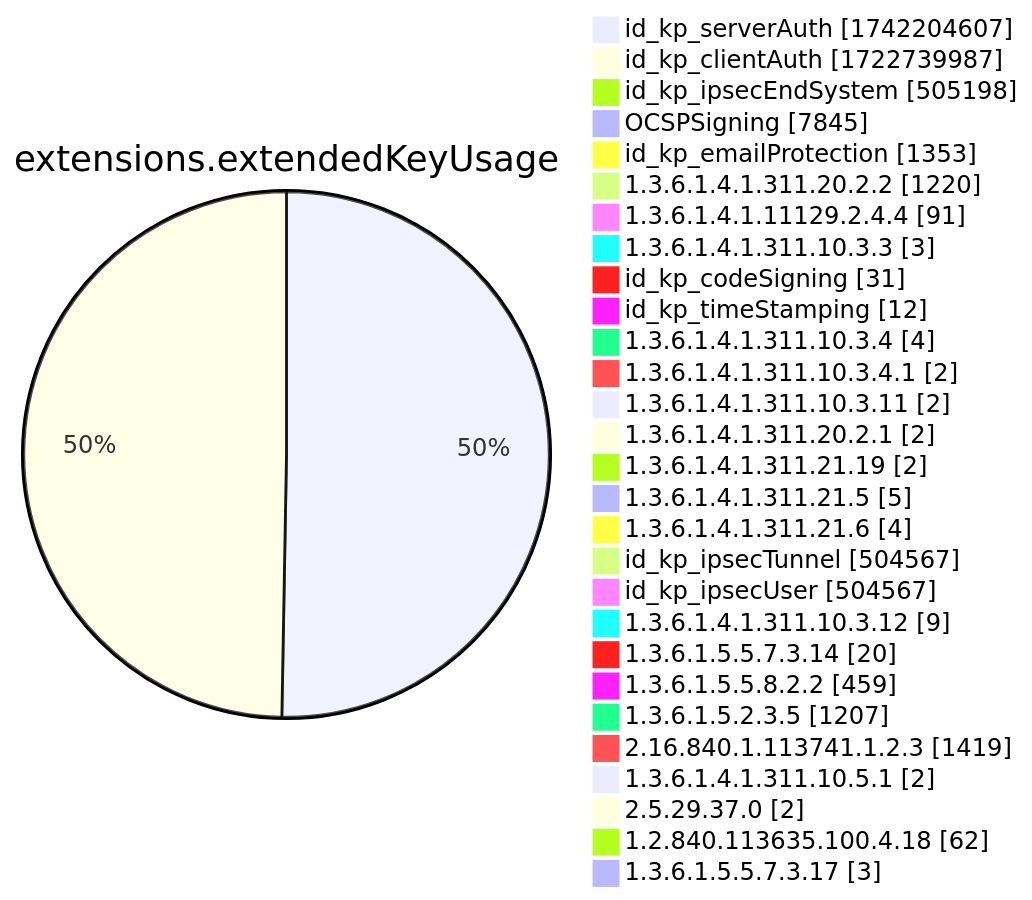
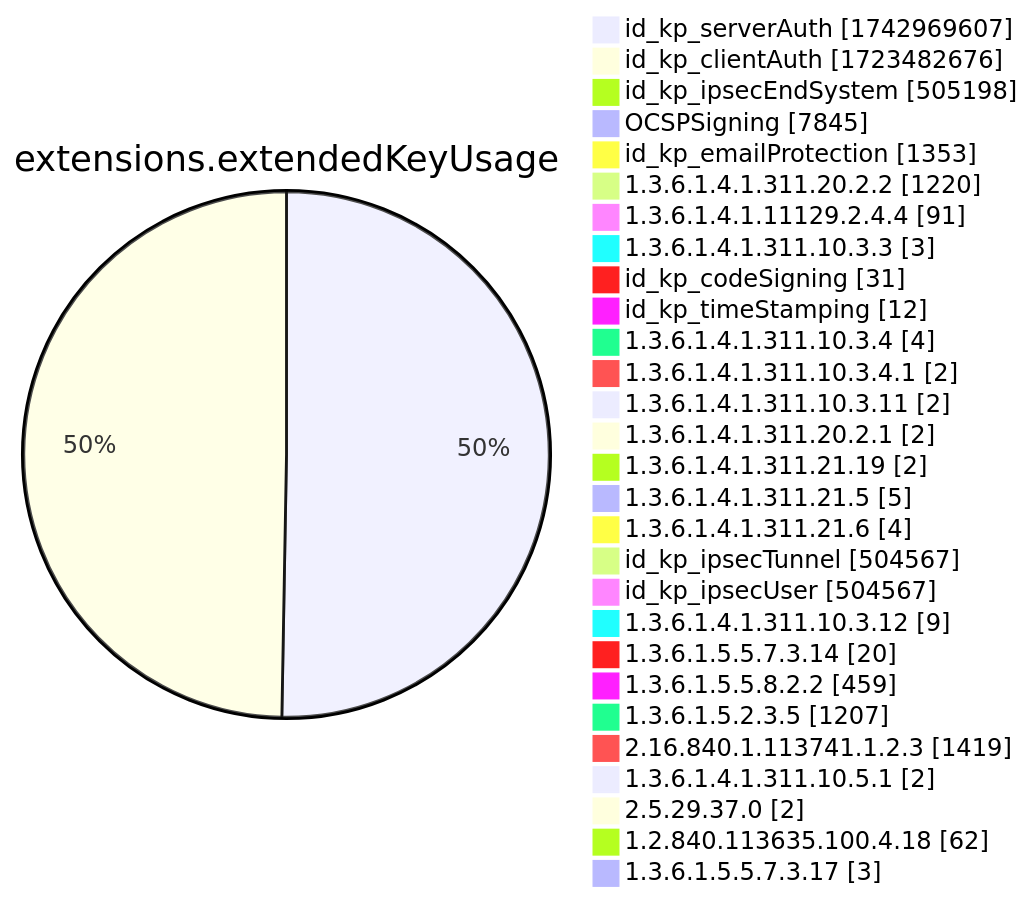
Before and after one commit to christiankrug/ctmonitor_visualization: diagram 12 of 15 in xenon2022/README.md, drawn with Mermaid. The commit also changed other lines of this file, not shown here.

````diff
--- a/xenon2022/README.md
+++ b/xenon2022/README.md
@@ -3892,32 +3892,32 @@
 ```mermaid
 pie showData
 title extensions.extendedKeyUsage
-"id_kp_serverAuth" :1742204607
-"id_kp_clientAuth" :1722739987
+"id_kp_serverAuth" :1742969607
+"id_kp_clientAuth" :1723482676
 "id_kp_ipsecEndSystem" :505198
 "OCSPSigning" :7845
 "id_kp_emailProtection" :1353
 "1.3.6.1.4.1.311.20.2.2" :1220
 "1.3.6.1.4.1.11129.2.4.4" :91
 "1.3.6.1.4.1.311.10.3.3" :3
 "id_kp_codeSigning" :31
 "id_kp_timeStamping" :12
 "1.3.6.1.4.1.311.10.3.4" :4
 "1.3.6.1.4.1.311.10.3.4.1" :2
 "1.3.6.1.4.1.311.10.3.11" :2
 "1.3.6.1.4.1.311.20.2.1" :2
 "1.3.6.1.4.1.311.21.19" :2
 "1.3.6.1.4.1.311.21.5" :5
 "1.3.6.1.4.1.311.21.6" :4
 "id_kp_ipsecTunnel" :504567
 "id_kp_ipsecUser" :504567
 "1.3.6.1.4.1.311.10.3.12" :9
 "1.3.6.1.5.5.7.3.14" :20
 "1.3.6.1.5.5.8.2.2" :459
 "1.3.6.1.5.2.3.5" :1207
 "2.16.840.1.113741.1.2.3" :1419
 "1.3.6.1.4.1.311.10.5.1" :2
 "2.5.29.37.0" :2
 "1.2.840.113635.100.4.18" :62
 "1.3.6.1.5.5.7.3.17" :3
 ```
````
